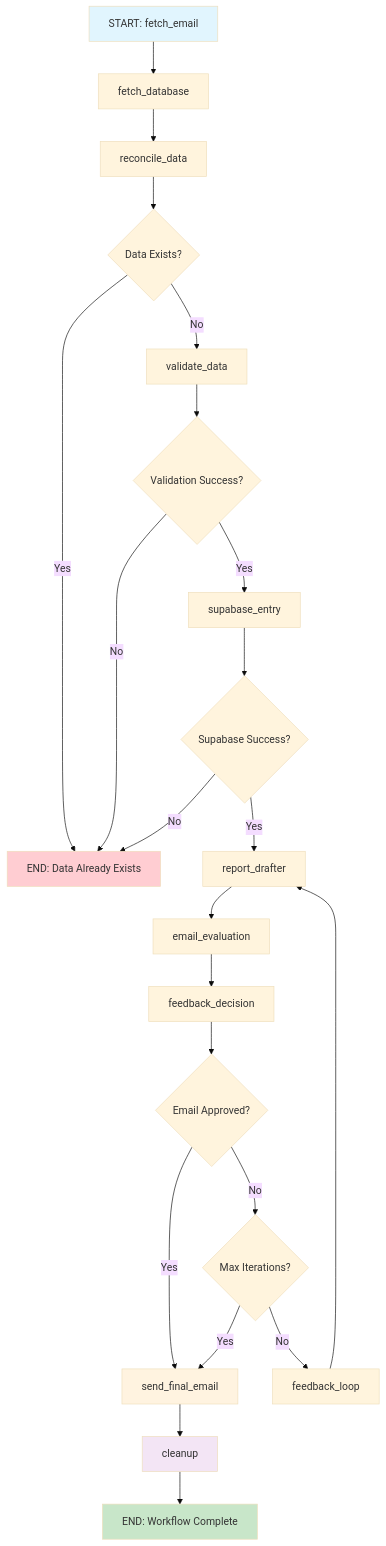
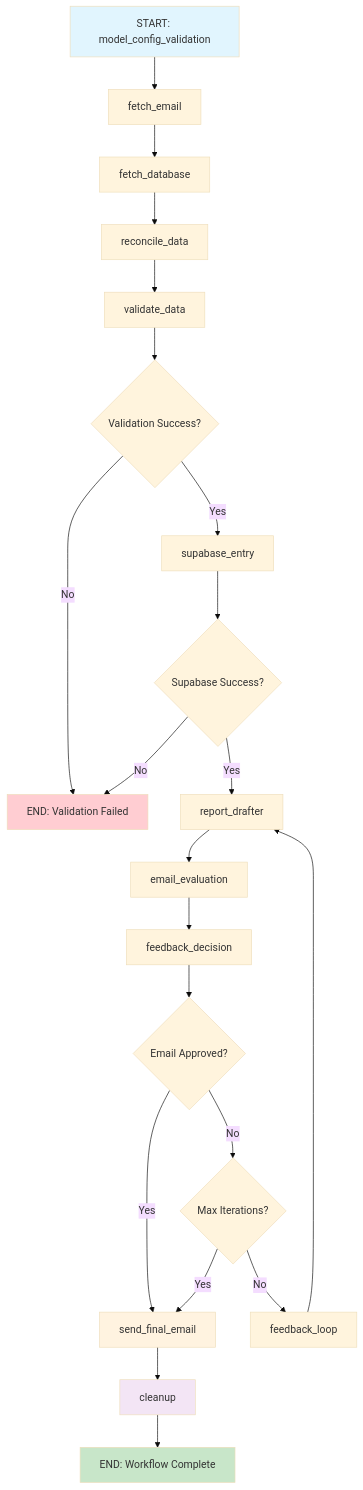
Before and after one commit to charlesparmar/AgenticAI-based-fitness-reporting: the diagram in LangGraph_Workflow_Flow.md, drawn with Mermaid (base theme). The commit also changed other lines of this file, not shown here.

````diff
--- a/LangGraph_Workflow_Flow.md
+++ b/LangGraph_Workflow_Flow.md
@@ -8,38 +8,35 @@
 ```mermaid
 graph TD
-    A[START: fetch_email] --> B[fetch_database]
-    B --> C[reconcile_data]
-    C --> D{Data Exists?}
-    
-    D -->|No| E[validate_data]
-    D -->|Yes| Z[END: Data Already Exists]
-    
+    A[START: model_config_validation] --> B[fetch_email]
+    B --> C[fetch_database]
+    C --> D[reconcile_data]
+    D --> E[validate_data]
     E --> F{Validation Success?}
     F -->|Yes| G[supabase_entry]
-    F -->|No| Z
+    F -->|No| Z[END: Validation Failed]
     
     G --> H{Supabase Success?}
     H -->|Yes| I[report_drafter]
     H -->|No| Z
     
     I --> J[email_evaluation]
     J --> K[feedback_decision]
     
     K --> L{Email Approved?}
     L -->|Yes| M[send_final_email]
     L -->|No| N{Max Iterations?}
     
     N -->|No| O[feedback_loop]
     N -->|Yes| M
     
     O --> I
     
     M --> P[cleanup]
     P --> Q[END: Workflow Complete]
     
     style A fill:#e1f5fe
     style Q fill:#c8e6c9
     style Z fill:#ffcdd2
     style M fill:#fff3e0
     style P fill:#f3e5f5
 ```
````
